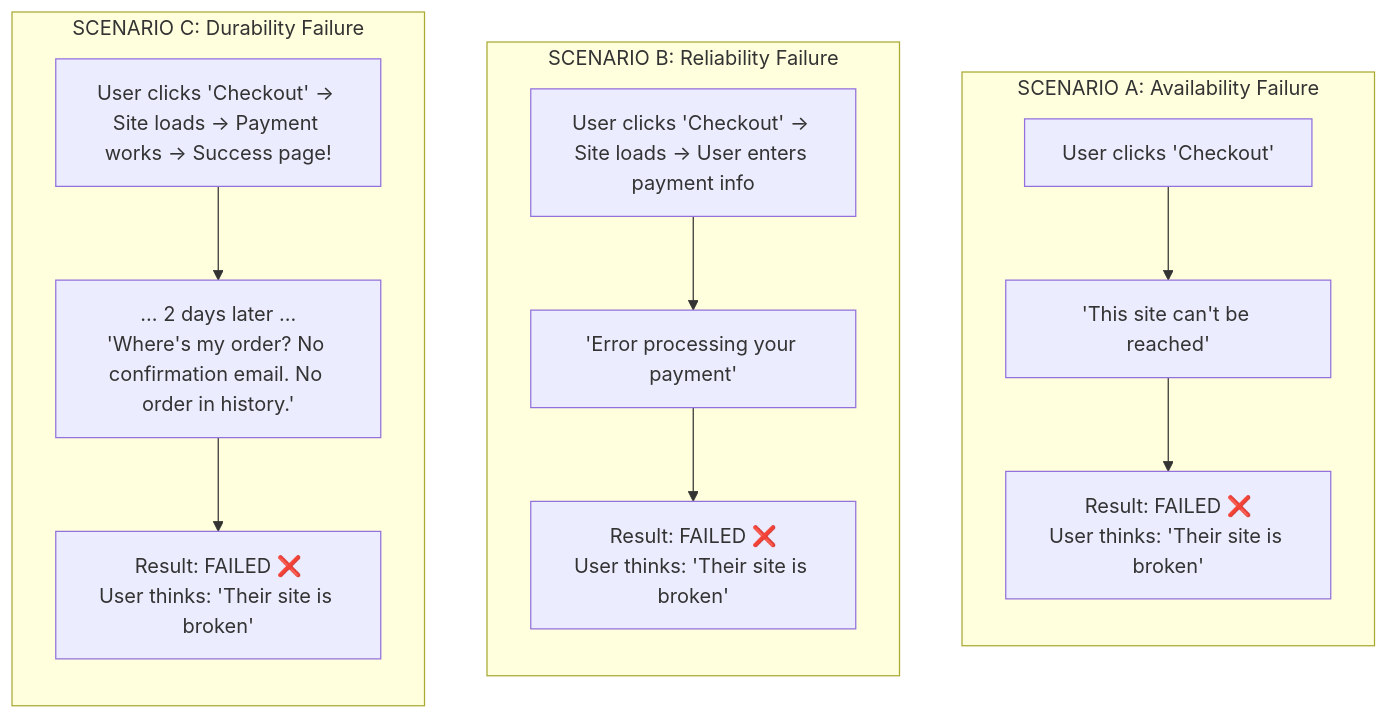
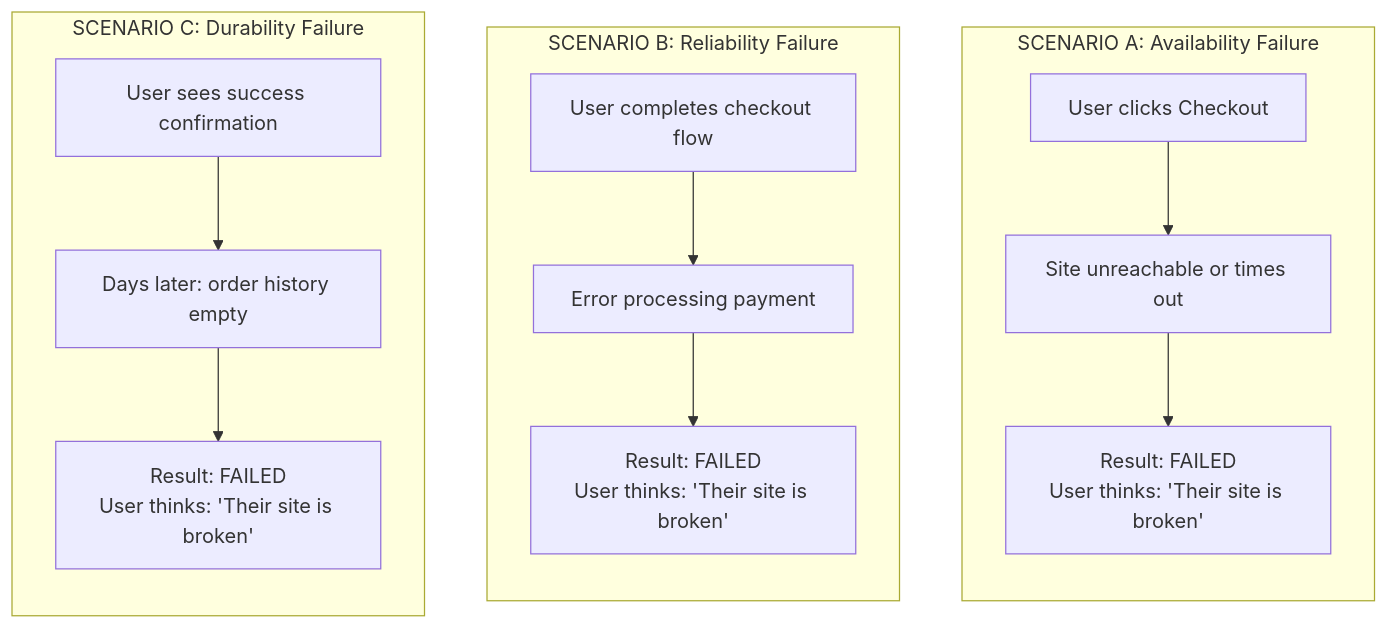
One commit to kube-dojo/kube-dojo changed the fifth of 9 diagrams in src/content/docs/platform/foundations/reliability-engineering/module-2.1-what-is-reliability.md. Above: the diagram before and after it, drawn with Mermaid. The commit also changed other lines of this file and 4 other files, not shown here.

````diff
--- a/src/content/docs/platform/foundations/reliability-engineering/module-2.1-what-is-reliability.md
+++ b/src/content/docs/platform/foundations/reliability-engineering/module-2.1-what-is-reliability.md
@@ -287,20 +163,20 @@
 ```mermaid
 flowchart TD
     subgraph Scenario_A ["SCENARIO A: Availability Failure"]
         direction TB
-        A1["User clicks 'Checkout'"] --> A2["'This site can't be reached'"]
-        A2 --> A3["Result: FAILED ❌<br/>User thinks: 'Their site is broken'"]
+        A1["User clicks Checkout"] --> A2["Site unreachable or times out"]
+        A2 --> A3["Result: FAILED<br/>User thinks: 'Their site is broken'"]
     end
 
     subgraph Scenario_B ["SCENARIO B: Reliability Failure"]
         direction TB
-        B1["User clicks 'Checkout' → Site loads → User enters payment info"] --> B2["'Error processing your payment'"]
-        B2 --> B3["Result: FAILED ❌<br/>User thinks: 'Their site is broken'"]
+        B1["User completes checkout flow"] --> B2["Error processing payment"]
+        B2 --> B3["Result: FAILED<br/>User thinks: 'Their site is broken'"]
     end
 
     subgraph Scenario_C ["SCENARIO C: Durability Failure"]
         direction TB
-        C1["User clicks 'Checkout' → Site loads → Payment works → Success page!"] --> C2["... 2 days later ...<br/>'Where's my order? No confirmation email. No order in history.'"]
-        C2 --> C3["Result: FAILED ❌<br/>User thinks: 'Their site is broken'"]
+        C1["User sees success confirmation"] --> C2["Days later: order history empty"]
+        C2 --> C3["Result: FAILED<br/>User thinks: 'Their site is broken'"]
     end
 ```
````
